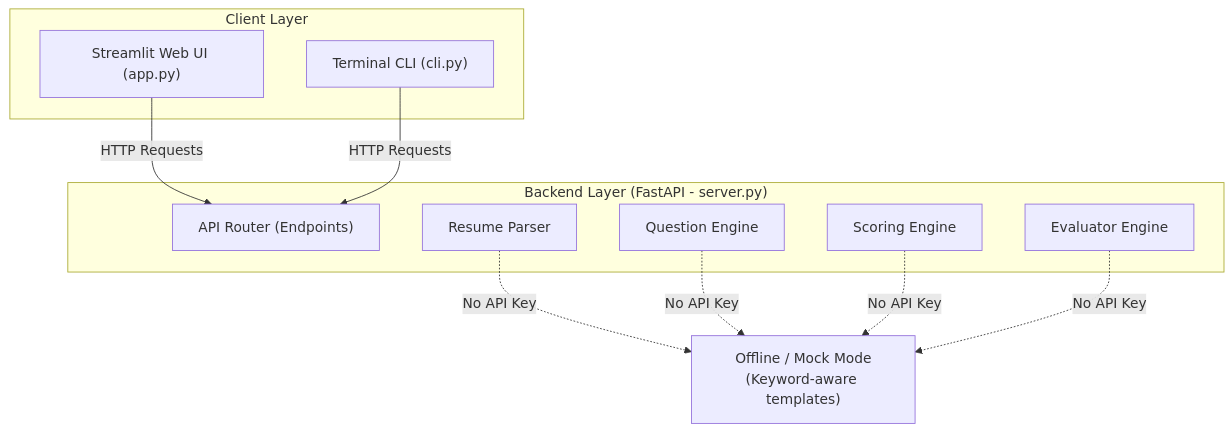
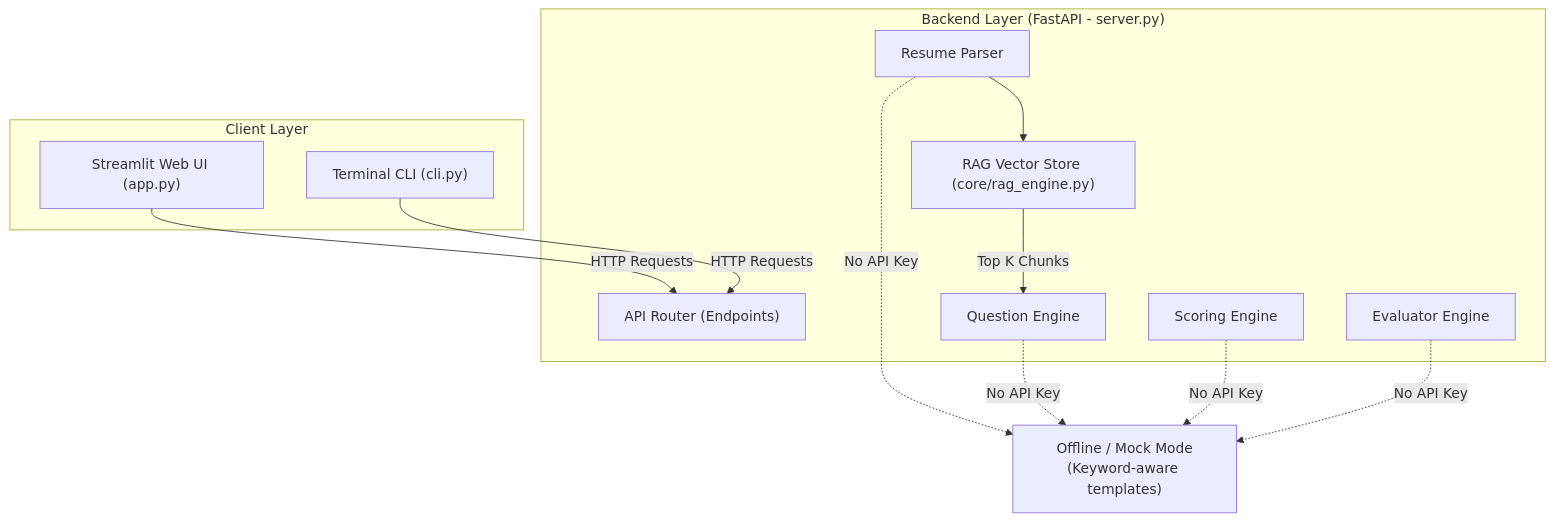
One commit to Nandunandu24/Interview-Agent changed the first of 2 diagrams in README.md. Above: the diagram before and after it, drawn with Mermaid. The commit also changed other lines of this file, not shown here.

Commit message:
Update README.md with RAG vector search details and remove hackathon references

````diff
--- a/README.md
+++ b/README.md
@@ -36,23 +36,27 @@
 ```mermaid
 graph TD
     subgraph client["Client Layer"]
         A["Streamlit Web UI (app.py)"]
         B["Terminal CLI (cli.py)"]
     end
 
     subgraph backend["Backend Layer (FastAPI - server.py)"]
         C["API Router (Endpoints)"]
         D["Resume Parser"]
-        E["Question Engine"]
-        F["Scoring Engine"]
-        G["Evaluator Engine"]
+        E["RAG Vector Store (core/rag_engine.py)"]
+        F["Question Engine"]
+        G["Scoring Engine"]
+        H["Evaluator Engine"]
     end
 
     A -- HTTP Requests --> C
     B -- HTTP Requests --> C
 
-    D -. "No API Key" .-> H["Offline / Mock Mode<br>(Keyword-aware templates)"]
-    E -. "No API Key" .-> H
-    F -. "No API Key" .-> H
-    G -. "No API Key" .-> H
+    D --> E
+    E -- Top K Chunks --> F
+
+    D -. "No API Key" .-> I["Offline / Mock Mode<br>(Keyword-aware templates)"]
+    F -. "No API Key" .-> I
+    G -. "No API Key" .-> I
+    H -. "No API Key" .-> I
 ```
````
